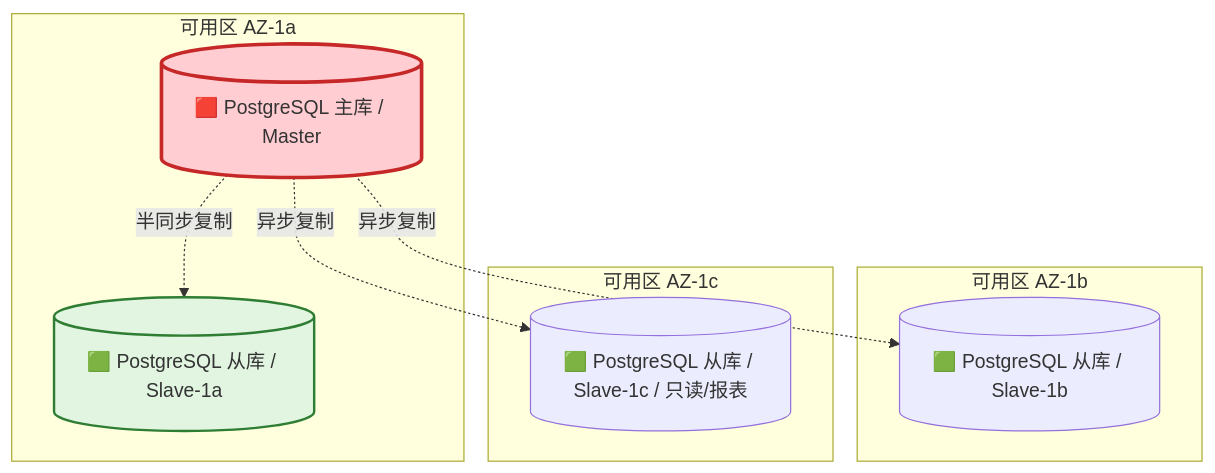
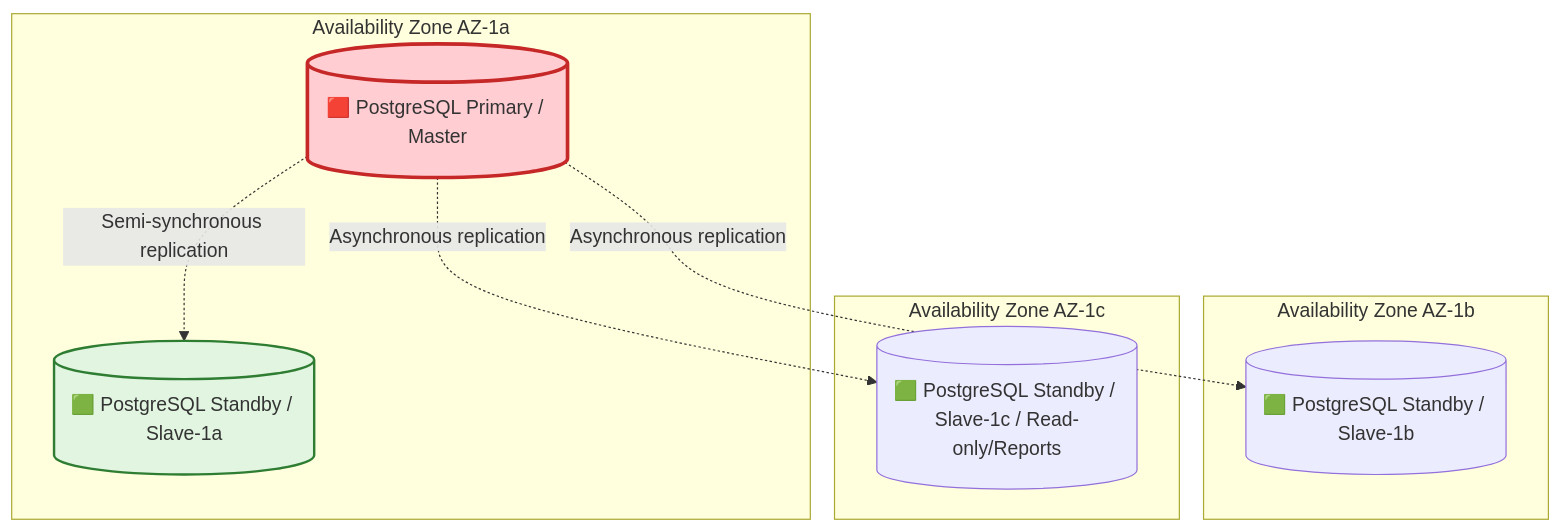
The tenth of 11 diagrams in templates/产品/技术层/【模板】数据库设计文档规范.md (Kirky-X/cangjie), drawn with Mermaid before and after one commit. The commit also changed other lines of this file and 60 other files, not shown here.

````diff
--- a/templates/产品/技术层/【模板】数据库设计文档规范.md
+++ b/templates/产品/技术层/【模板】数据库设计文档规范.md
@@ -614,22 +614,22 @@
 ```mermaid
 graph TB
-    subgraph 可用区 AZ-1a
-        M1[(🟥 PostgreSQL 主库 / Master)]
-        S1A[(🟩 PostgreSQL 从库 / Slave-1a)]
+    subgraph Availability Zone AZ-1a
+        M1[(🟥 PostgreSQL Primary / Master)]
+        S1A[(🟩 PostgreSQL Standby / Slave-1a)]
     end
 
-    subgraph 可用区 AZ-1b
-        S1B[(🟩 PostgreSQL 从库 / Slave-1b)]
+    subgraph Availability Zone AZ-1b
+        S1B[(🟩 PostgreSQL Standby / Slave-1b)]
     end
 
-    subgraph 可用区 AZ-1c
-        S1C[(🟩 PostgreSQL 从库 / Slave-1c / 只读/报表)]
+    subgraph Availability Zone AZ-1c
+        S1C[(🟩 PostgreSQL Standby / Slave-1c / Read-only/Reports)]
     end
 
-    M1 -.->|半同步复制| S1A
-    M1 -.->|异步复制| S1B
-    M1 -.->|异步复制| S1C
+    M1 -.->|Semi-synchronous replication| S1A
+    M1 -.->|Asynchronous replication| S1B
+    M1 -.->|Asynchronous replication| S1C
 
     style M1 fill:#ffcdd2,stroke:#c62828,stroke-width:3px
     style S1A fill:#e1f5e1,stroke:#2e7d32,stroke-width:2px
 ```
````
